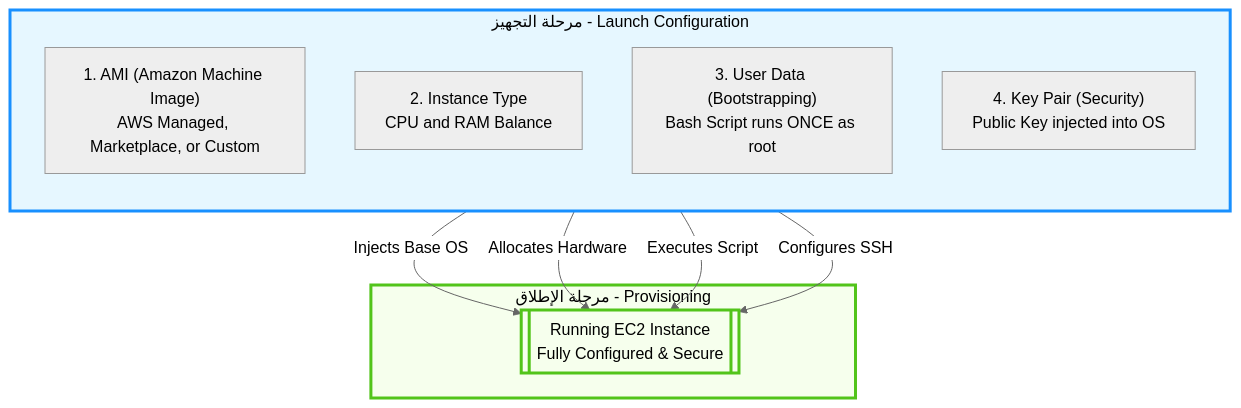
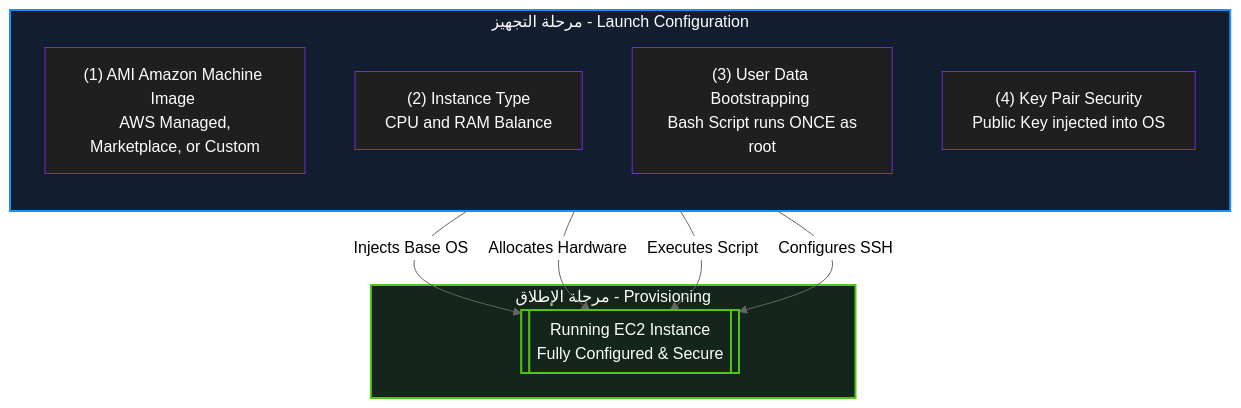
One commit to muhammad-khaled-tech/My-Study-Notes changed the first of 16 diagrams in Domain 3.md. Above: the diagram before and after it, drawn with Mermaid (neutral theme). The commit also changed 4 other files, not shown here.

````diff
--- a/Domain 3.md
+++ b/Domain 3.md
@@ -82,30 +82,32 @@
 ```mermaid
 flowchart TD
 
     %% Configuration Subgraph
     subgraph Config ["مرحلة التجهيز - Launch Configuration"]
         direction TB
-        A["1. AMI (Amazon Machine Image)<br/>AWS Managed, Marketplace, or Custom"]
-        B["2. Instance Type<br/>CPU and RAM Balance"]
-        C["3. User Data (Bootstrapping)<br/>Bash Script runs ONCE as root"]
-        D["4. Key Pair (Security)<br/>Public Key injected into OS"]
+        A["(1) AMI Amazon Machine Image <br> AWS Managed, Marketplace, or Custom"]
+        B["(2) Instance Type <br> CPU and RAM Balance"]
+        C["(3) User Data Bootstrapping <br> Bash Script runs ONCE as root"]
+        D["(4) Key Pair Security <br> Public Key injected into OS"]
     end
 
     %% Execution Subgraph
     subgraph Execution ["مرحلة الإطلاق - Provisioning"]
-        EC2[["Running EC2 Instance<br/>Fully Configured & Secure"]]
+        EC2[["Running EC2 Instance <br> Fully Configured & Secure"]]
     end
 
     %% Connections
     A -->|Injects Base OS| EC2
     B -->|Allocates Hardware| EC2
     C -->|Executes Script| EC2
     D -->|Configures SSH| EC2
 
-    %% Styling
-    classDef config fill:#e6f7ff,stroke:#1890ff,stroke-width:3px,color:#000;
-    classDef ec2 fill:#f6ffed,stroke:#52c41a,stroke-width:3px,color:#000;
-
-    class Config config;
-    class Execution,EC2 ec2;
+    %% Direct Styling to avoid CSS injection conflicts
+    style Config fill:#121e2f,stroke:#1890ff,stroke-width:2px,color:#fff
+    style Execution fill:#14251c,stroke:#52c41a,stroke-width:2px,color:#fff
+    style EC2 fill:#14251c,stroke:#52c41a,stroke-width:2px,color:#fff
+    style A fill:#1f1f1f,stroke:#722ed1,color:#fff
+    style B fill:#1f1f1f,stroke:#722ed1,color:#fff
+    style C fill:#1f1f1f,stroke:#722ed1,color:#fff
+    style D fill:#1f1f1f,stroke:#722ed1,color:#fff
 ```
````
